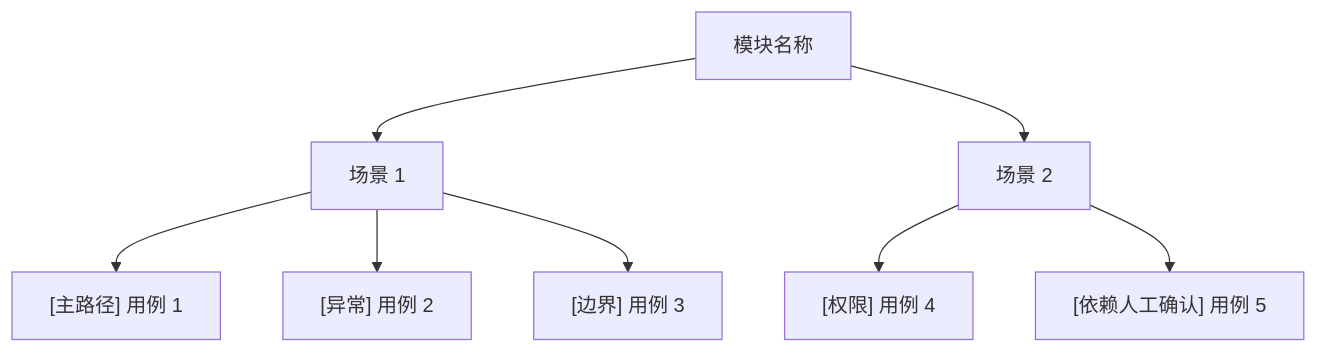
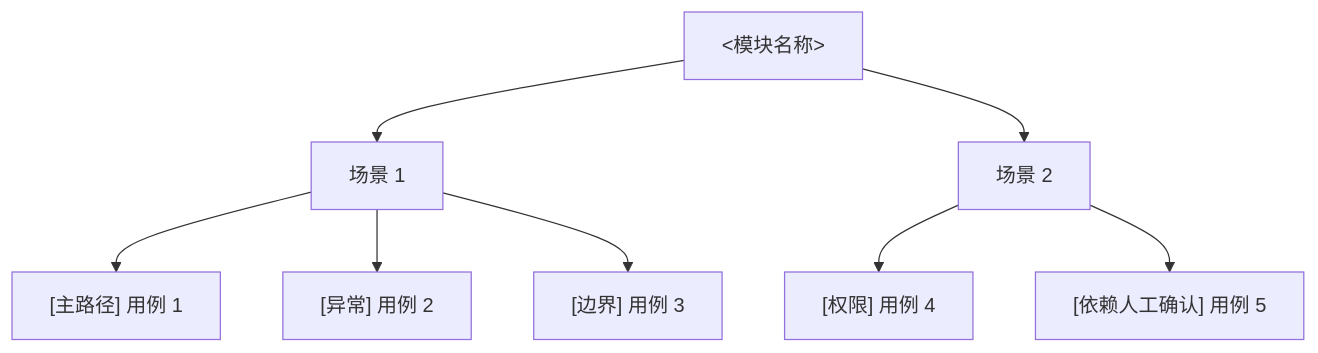
Before and after one commit to quan2005/test-foundry-skills: the diagram in skills/test-case-creator/assets/module-map-template.md, drawn with Mermaid. The commit also changed other lines of this file and 11 other files, not shown here.

````diff
--- a/skills/test-case-creator/assets/module-map-template.md
+++ b/skills/test-case-creator/assets/module-map-template.md
@@ -12,22 +12,22 @@
 ```mermaid
 flowchart TB
-  M["模块名称"]
+  M["<模块名称>"]
 
   S1["场景 1"]
   C11["[主路径] 用例 1"]
   C12["[异常] 用例 2"]
   C13["[边界] 用例 3"]
 
   S2["场景 2"]
   C21["[权限] 用例 4"]
   C22["[依赖人工确认] 用例 5"]
 
   M --> S1
   S1 --> C11
   S1 --> C12
   S1 --> C13
 
   M --> S2
   S2 --> C21
   S2 --> C22
 ```
````
